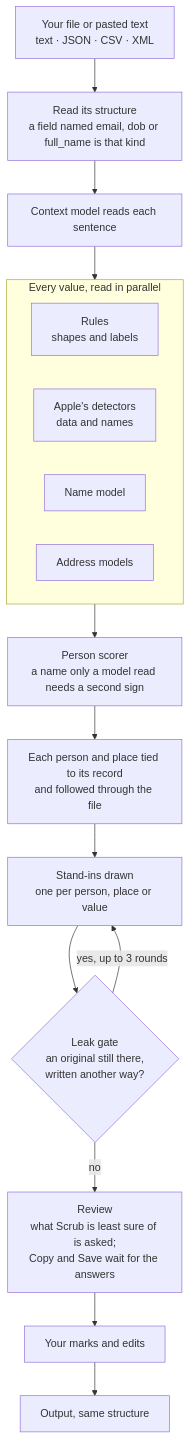
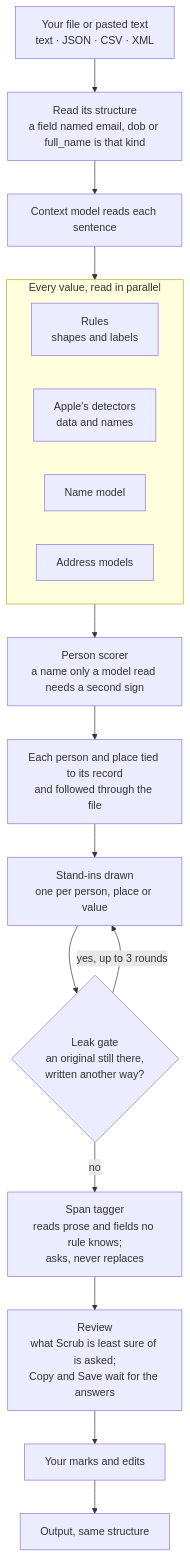
One commit to framini/scrub changed the diagram in README.md. Above: the diagram before and after it, drawn with Mermaid. The commit also changed other lines of this file and 1 other file, not shown here.

Commit message:
The README and the security guide describe the span tagger, which only asks; names guessed outside English being asked about; parts of a replaced name found elsewhere; identifiers in a person's record; and what this release still doesn't cover

````diff
--- a/README.md
+++ b/README.md
@@ -117,21 +117,22 @@
 ```mermaid
 flowchart TD
     In["Your file or pasted text<br>text · JSON · CSV · XML"] --> Fields["Read its structure<br>a field named email, dob or full_name is that kind"]
     Fields --> Context["Context model reads each sentence"]
     Context --> Detect
     subgraph Detect["Every value, read in parallel"]
         direction LR
         Rules["Rules<br>shapes and labels"]
         Apple["Apple's detectors<br>data and names"]
         Name["Name model"]
         Address["Address models"]
     end
     Detect --> Scorer["Person scorer<br>a name only a model read needs a second sign"]
     Scorer --> Follow["Each person and place tied to its record<br>and followed through the file"]
     Follow --> Replace["Stand-ins drawn<br>one per person, place or value"]
     Replace --> Gate{"Leak gate<br>an original still there,<br>written another way?"}
     Gate -- "yes, up to 3 rounds" --> Replace
-    Gate -- no --> Review["Review<br>what Scrub is least sure of is asked;<br>Copy and Save wait for the answers"]
+    Gate -- no --> Tagger["Span tagger<br>reads prose and fields no rule knows;<br>asks, never replaces"]
+    Tagger --> Review["Review<br>what Scrub is least sure of is asked;<br>Copy and Save wait for the answers"]
     Review --> Fix["Your marks and edits"]
     Fix --> Out["Output, same structure"]
 ```
````
